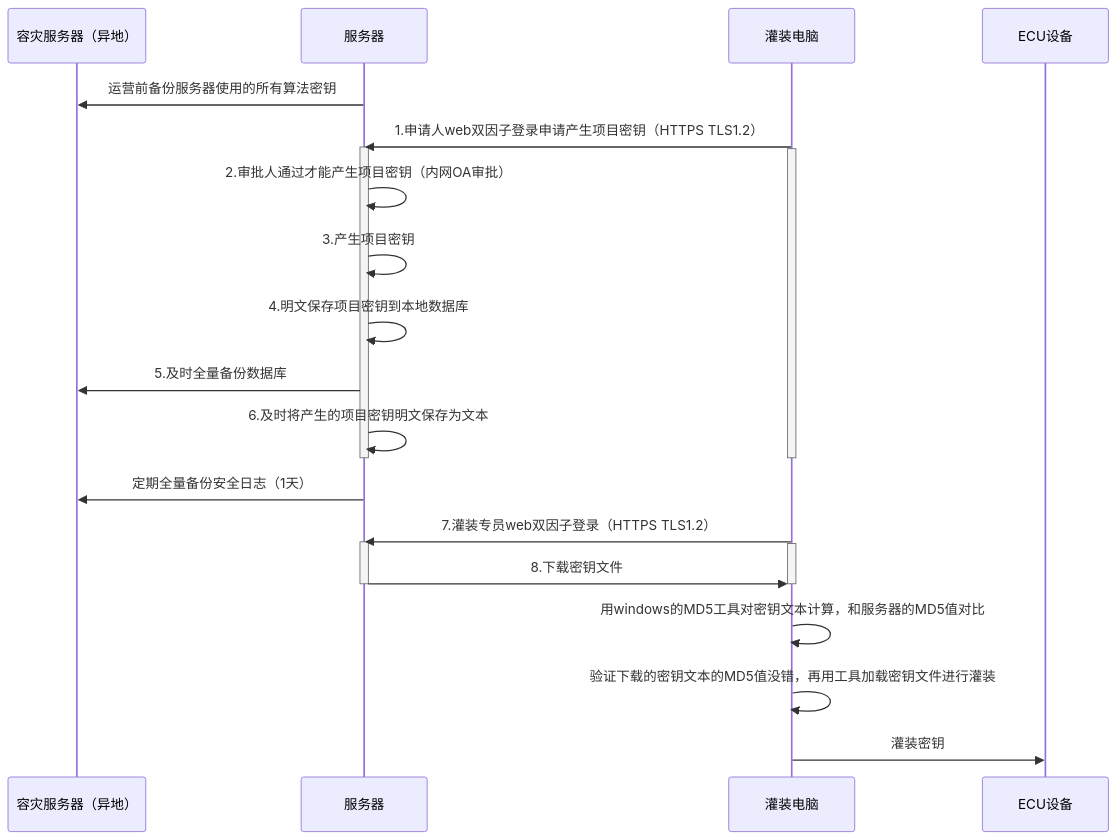
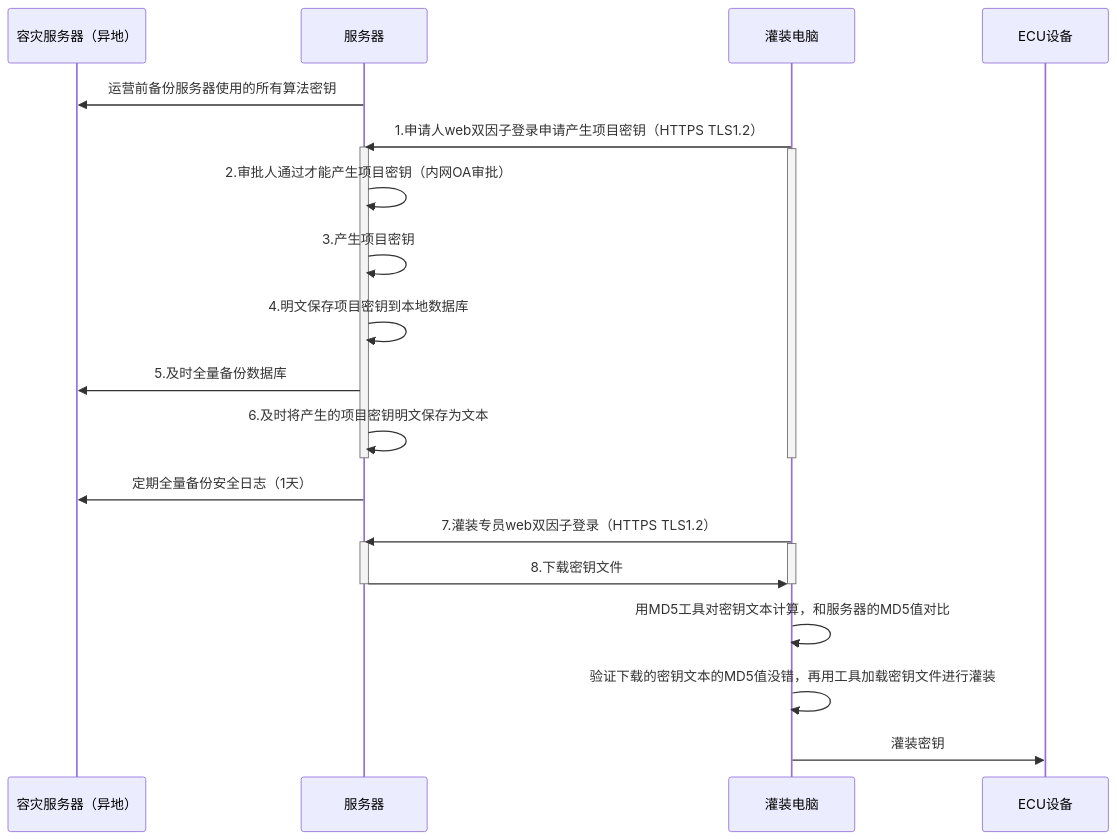
The diagram in all/未命名-17.md (facebook-cloud/iodraw-files), drawn with Mermaid before and after one commit.

Commit message:
2026-03-05 20:57:55 update

````diff
--- a/all/未命名-17.md
+++ b/all/未命名-17.md
@@ -1,33 +1,33 @@
 ```mermaid
 sequenceDiagram
     participant A as 容灾服务器（异地）
     participant B as 服务器
     participant D as 灌装电脑
     participant E as ECU设备
 
     B->>A: 运营前备份服务器使用的所有算法密钥
     D->>B: 1.申请人web双因子登录申请产生项目密钥（HTTPS TLS1.2）
     activate B
     activate D
     B->>B: 2.审批人通过才能产生项目密钥（内网OA审批）
     B->>B: 3.产生项目密钥
     B->>B: 4.明文保存项目密钥到本地数据库
     B->>A: 5.及时全量备份数据库
     B->>B: 6.及时将产生的项目密钥明文保存为文本
     deactivate B
     deactivate D
 
     B->>A: 定期全量备份安全日志（1天）
     
     D->>B: 7.灌装专员web双因子登录（HTTPS TLS1.2）
     activate B
     activate D
     B->>D: 8.下载密钥文件
     deactivate B
     deactivate D
 
-    D->>D:用windows的MD5工具对密钥文本计算，和服务器的MD5值对比
+    D->>D:用MD5工具对密钥文本计算，和服务器的MD5值对比
     D->>D:验证下载的密钥文本的MD5值没错，再用工具加载密钥文件进行灌装
     
     D->>E: 灌装密钥
 ```
````
